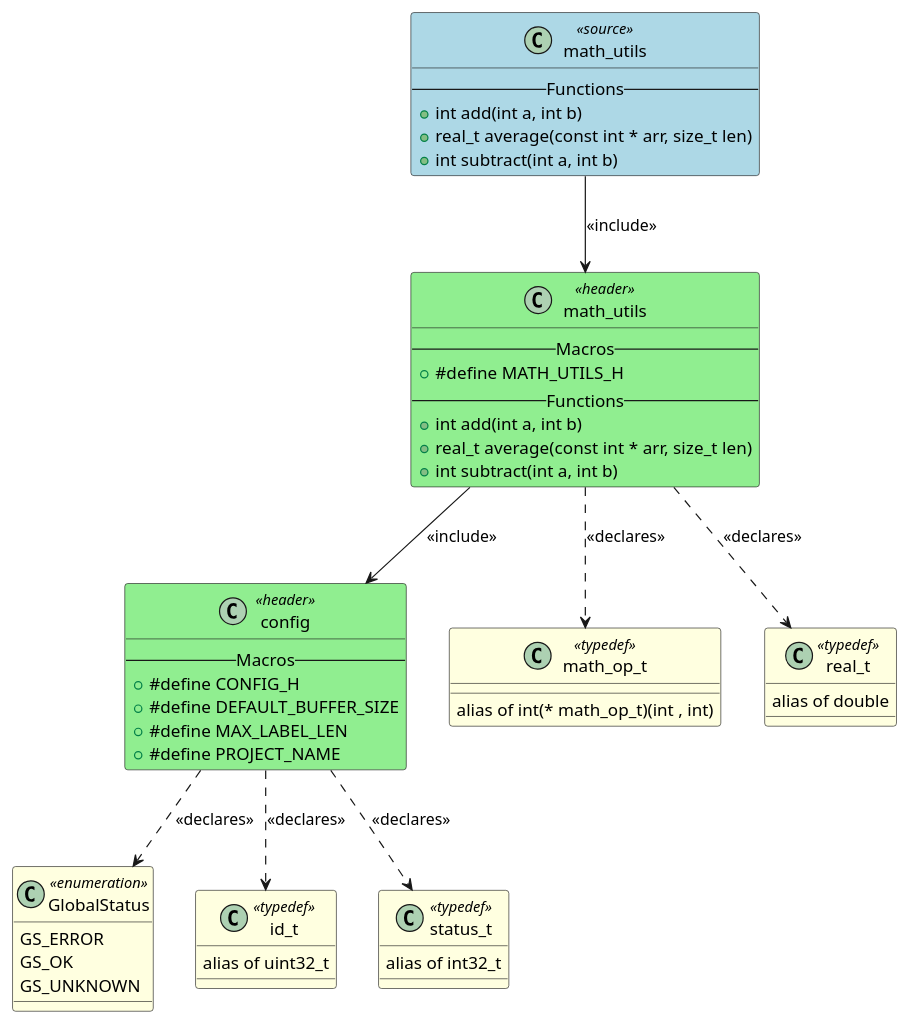
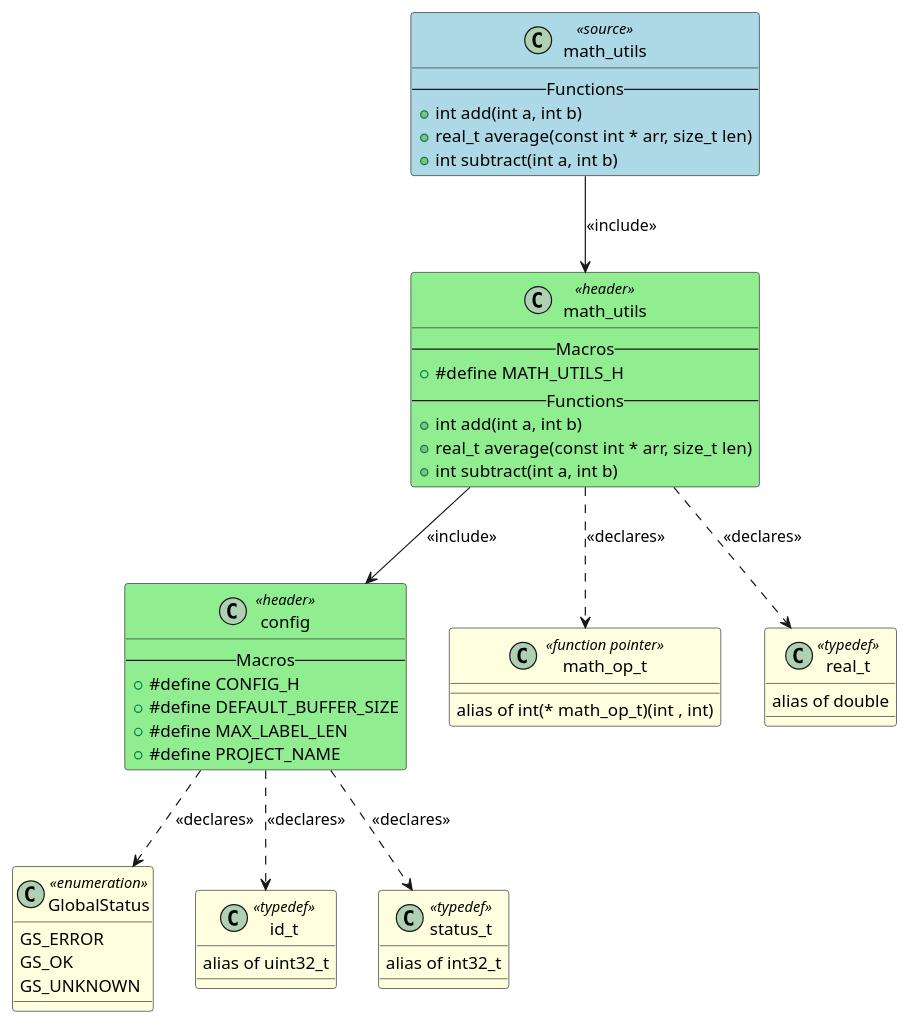
One commit to fischerjooo/c2puml changed the diagram in artifacts/output_example/math_utils.puml. Above: the diagram before and after it, drawn with PlantUML. The commit also changed 27 other files, not shown here.

Commit message:
Update function pointer typedefs to use <<function pointer>> stereotype

```diff
--- a/artifacts/output_example/math_utils.puml
+++ b/artifacts/output_example/math_utils.puml
@@ -1,71 +1,71 @@
 @startuml math_utils
 
 class "math_utils" as MATH_UTILS <<source>> #LightBlue
 {
     -- Functions --
     + int add(int a, int b)
     + real_t average(const int * arr, size_t len)
     + int subtract(int a, int b)
 }
 
 class "config" as HEADER_CONFIG <<header>> #LightGreen
 {
     -- Macros --
     + #define CONFIG_H
     + #define DEFAULT_BUFFER_SIZE
     + #define MAX_LABEL_LEN
     + #define PROJECT_NAME
 }
 
 class "math_utils" as HEADER_MATH_UTILS <<header>> #LightGreen
 {
     -- Macros --
     + #define MATH_UTILS_H
     -- Functions --
     + int add(int a, int b)
     + real_t average(const int * arr, size_t len)
     + int subtract(int a, int b)
 }
 
 class "GlobalStatus" as TYPEDEF_GLOBALSTATUS <<enumeration>> #LightYellow
 {
     GS_ERROR
     GS_OK
     GS_UNKNOWN
 }
 
 class "id_t" as TYPEDEF_ID_T <<typedef>> #LightYellow
 {
     alias of uint32_t
 }
 
 class "status_t" as TYPEDEF_STATUS_T <<typedef>> #LightYellow
 {
     alias of int32_t
 }
 
-class "math_op_t" as TYPEDEF_MATH_OP_T <<typedef>> #LightYellow
+class "math_op_t" as TYPEDEF_MATH_OP_T <<function pointer>> #LightYellow
 {
     alias of int(* math_op_t)(int , int)
 }
 
 class "real_t" as TYPEDEF_REAL_T <<typedef>> #LightYellow
 {
     alias of double
 }
 
 
 ' Include relationships
 MATH_UTILS --> HEADER_MATH_UTILS : <<include>>
 HEADER_MATH_UTILS --> HEADER_CONFIG : <<include>>
 
 ' Declaration relationships
 HEADER_CONFIG ..> TYPEDEF_GLOBALSTATUS : <<declares>>
 HEADER_CONFIG ..> TYPEDEF_ID_T : <<declares>>
 HEADER_CONFIG ..> TYPEDEF_STATUS_T : <<declares>>
 HEADER_MATH_UTILS ..> TYPEDEF_MATH_OP_T : <<declares>>
 HEADER_MATH_UTILS ..> TYPEDEF_REAL_T : <<declares>>
 
 ' Uses relationships
 
 @enduml
```
